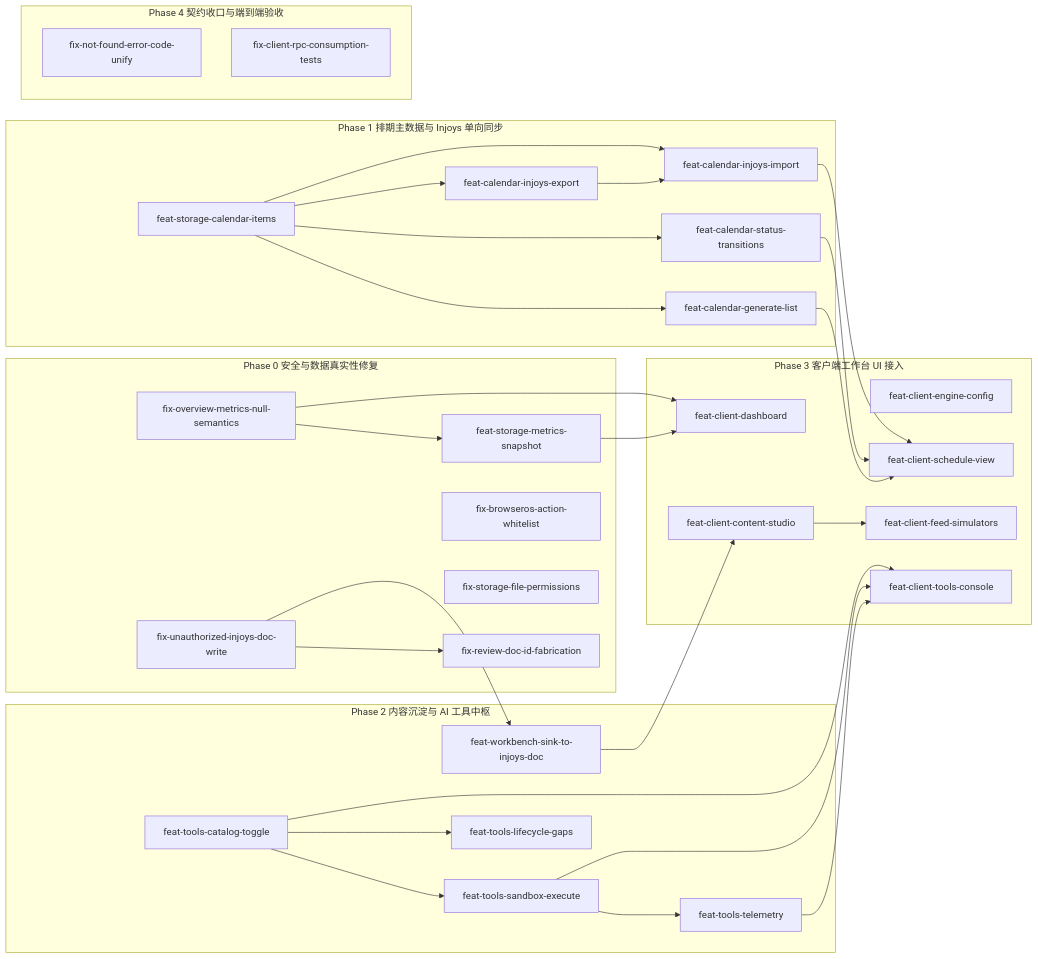
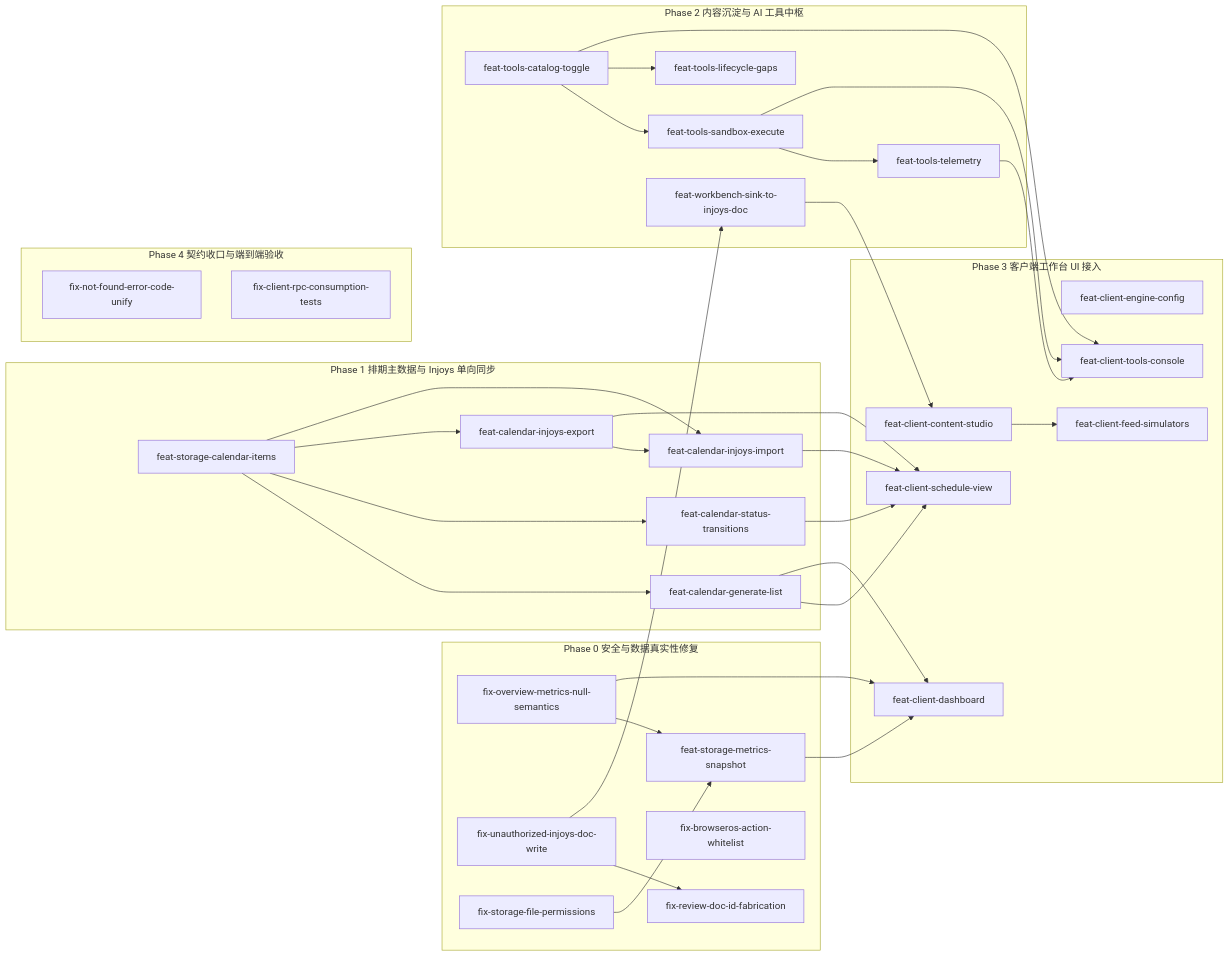
Before and after one commit to InJoysAI/dsh-growth-studio: the diagram in openspec/proposal-roadmap.md, drawn with Mermaid. The commit also changed other lines of this file and 4 other files, not shown here.

Commit message:
docs: update proposal roadmap and phase documentation

````diff
--- a/openspec/proposal-roadmap.md
+++ b/openspec/proposal-roadmap.md
@@ -55,62 +55,65 @@
 ```mermaid
 graph LR
     subgraph P0["Phase 0 安全与数据真实性修复"]
         A1["fix-overview-metrics-null-semantics"]
         A2["feat-storage-metrics-snapshot"]
         A3["fix-unauthorized-injoys-doc-write"]
         A4["fix-review-doc-id-fabrication"]
         A5["fix-browseros-action-whitelist"]
         A6["fix-storage-file-permissions"]
     end
     subgraph P1["Phase 1 排期主数据与 Injoys 单向同步"]
         B1["feat-storage-calendar-items"]
         B2["feat-calendar-generate-list"]
         B3["feat-calendar-status-transitions"]
         B4["feat-calendar-injoys-export"]
         B5["feat-calendar-injoys-import"]
     end
     subgraph P2["Phase 2 内容沉淀与 AI 工具中枢"]
         C1["feat-workbench-sink-to-injoys-doc"]
         C2["feat-tools-catalog-toggle"]
         C3["feat-tools-sandbox-execute"]
         C4["feat-tools-telemetry"]
         C5["feat-tools-lifecycle-gaps"]
     end
     subgraph P3["Phase 3 客户端工作台 UI 接入"]
         D1["feat-client-engine-config"]
         D2["feat-client-dashboard"]
         D3["feat-client-content-studio"]
         D4["feat-client-feed-simulators"]
         D5["feat-client-schedule-view"]
         D6["feat-client-tools-console"]
     end
     subgraph P4["Phase 4 契约收口与端到端验收"]
         E1["fix-not-found-error-code-unify"]
         E2["fix-client-rpc-consumption-tests"]
     end
 
     A1 --> A2
+    A6 --> A2
     A1 --> D2
     A2 --> D2
     A3 --> A4
     A3 --> C1
 
     B1 --> B2
     B1 --> B3
     B1 --> B4
     B4 --> B5
     B1 --> B5
     B2 --> D5
+    B2 --> D2
     B3 --> D5
+    B4 --> D5
     B5 --> D5
 
     C1 --> D3
     C2 --> C3
     C2 --> C5
     C2 --> D6
     C3 --> C4
     C3 --> D6
     C4 --> D6
 
     D3 --> D4
 ```
````
